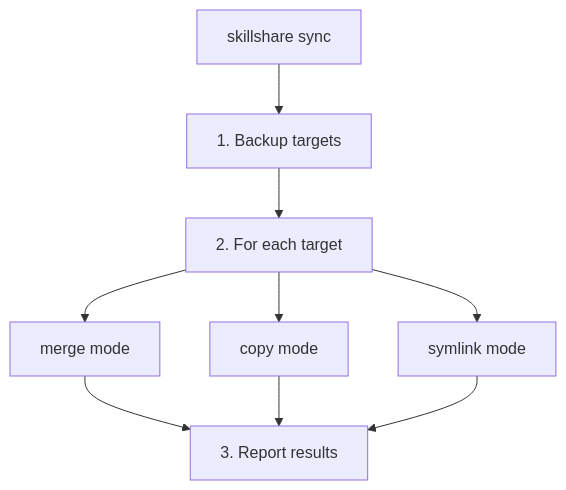
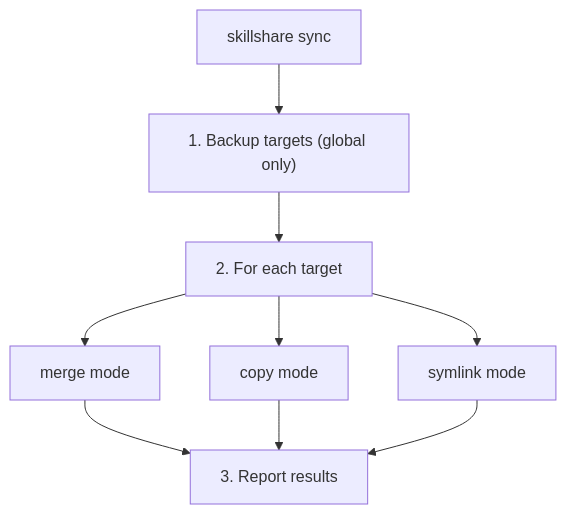
One commit to runkids/skillshare changed the second of 6 diagrams in website/docs/commands/sync.md. Above: the diagram before and after it, drawn with Mermaid. The commit also changed other lines of this file and 16 other files, not shown here.

````diff
--- a/website/docs/commands/sync.md
+++ b/website/docs/commands/sync.md
@@ -102,14 +102,14 @@
 ```mermaid
 flowchart TD
     TITLE["skillshare sync"]
-    S1["1. Backup targets"]
+    S1["1. Backup targets (global only)"]
     S2["2. For each target"]
     MERGE["merge mode"]
     SYMLINK["symlink mode"]
     S3["3. Report results"]
     TITLE --> S1 --> S2
     COPY["copy mode"]
     S2 --> MERGE --> S3
     S2 --> COPY --> S3
     S2 --> SYMLINK --> S3
 ```
````
